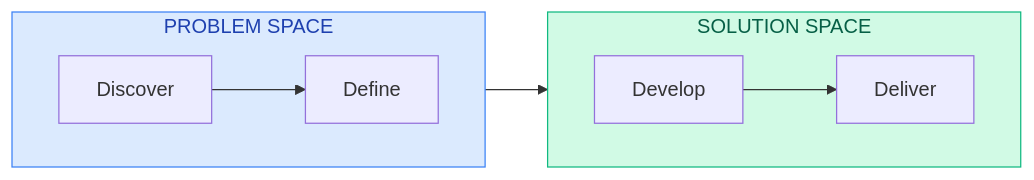
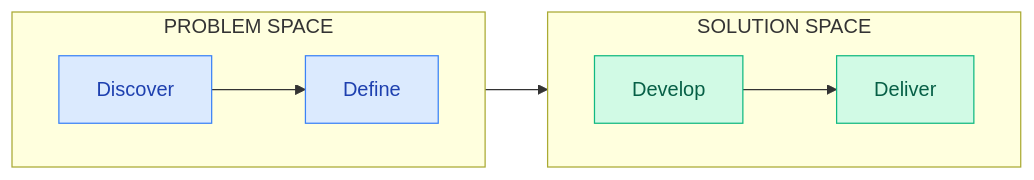
Before and after one commit to smileynet/ui-optimizer: the second of 2 diagrams in docs/product-design/explanation/design-thinking.md, drawn with Mermaid. The commit also changed 3 other files, not shown here.

First line of the commit message:
fix: apply classDef styling to all Mermaid nodes

````diff
--- a/docs/product-design/explanation/design-thinking.md
+++ b/docs/product-design/explanation/design-thinking.md
@@ -39,19 +39,17 @@
 ```mermaid
 flowchart LR
     classDef problem fill:#DBEAFE,stroke:#3B82F6,color:#1E40AF
     classDef solution fill:#D1FAE5,stroke:#10B981,color:#065F46
     
     subgraph Problem["PROBLEM SPACE"]
         direction LR
-        DIS[Discover] --> DEF[Define]
+        DIS[Discover]:::problem --> DEF[Define]:::problem
     end
     
     subgraph Solution["SOLUTION SPACE"]
         direction LR
-        DEV[Develop] --> DEL[Deliver]
+        DEV[Develop]:::solution --> DEL[Deliver]:::solution
     end
     
-    Problem:::problem
-    Solution:::solution
     DEF --> DEV
 ```
````
